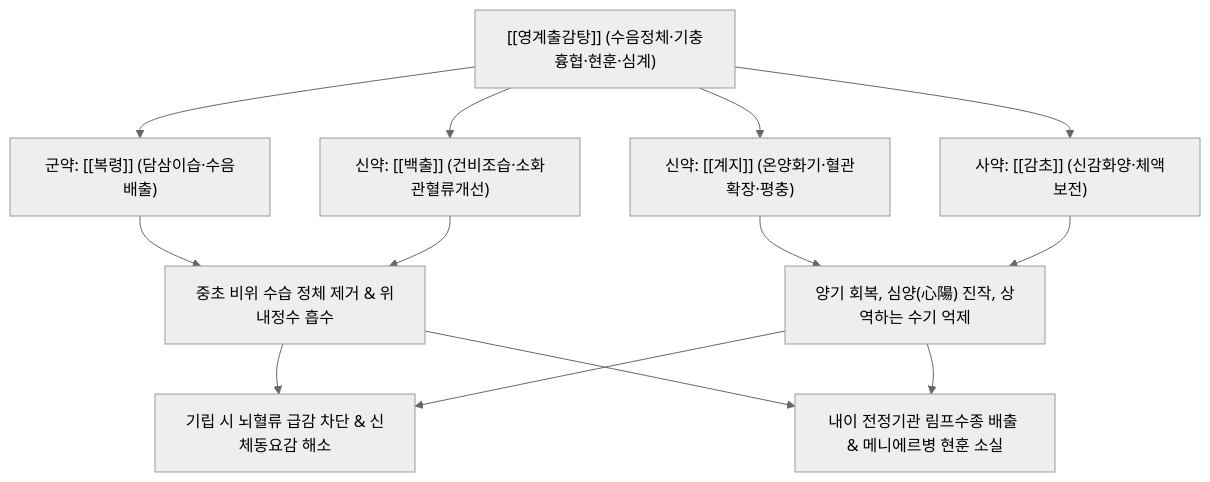
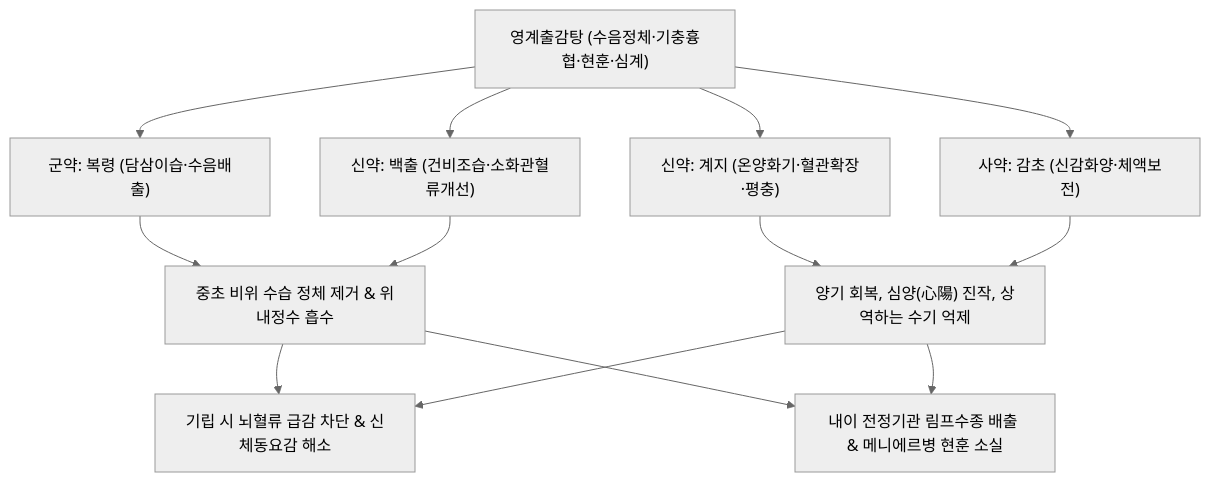
Before and after one commit to simbio11/simbio-digital-garden2: the diagram in content/2. 약리 공부/처방/03_화담·거습·이수제/영계출감탕.md, drawn with Mermaid (neutral theme). The commit also changed other lines of this file and 323 other files, not shown here.

````diff
--- a/content/2. 약리 공부/처방/03_화담·거습·이수제/영계출감탕.md
+++ b/content/2. 약리 공부/처방/03_화담·거습·이수제/영계출감탕.md
@@ -42,13 +43,13 @@
 ```mermaid
 graph TD
-    A["[[영계출감탕]] (수음정체·기충흉협·현훈·심계)"] --> B["군약: [[복령]] (담삼이습·수음배출)"]
-    A --> C["신약: [[계지]] (온양화기·혈관확장·평충)"]
-    A --> D["신약: [[백출]] (건비조습·소화관혈류개선)"]
-    A --> E["사약: [[감초]] (신감화양·체액보전)"]
+    A["영계출감탕 (수음정체·기충흉협·현훈·심계)"] --> B["군약: 복령 (담삼이습·수음배출)"]
+    A --> C["신약: 계지 (온양화기·혈관확장·평충)"]
+    A --> D["신약: 백출 (건비조습·소화관혈류개선)"]
+    A --> E["사약: 감초 (신감화양·체액보전)"]
 
     B & D --> F["중초 비위 수습 정체 제거 & 위내정수 흡수"]
     C & E --> G["양기 회복, 심양(心陽) 진작, 상역하는 수기 억제"]
 
     F & G --> H["기립 시 뇌혈류 급감 차단 & 신체동요감 해소"]
     F & G --> I["내이 전정기관 림프수종 배출 & 메니에르병 현훈 소실"]
 ```
````
